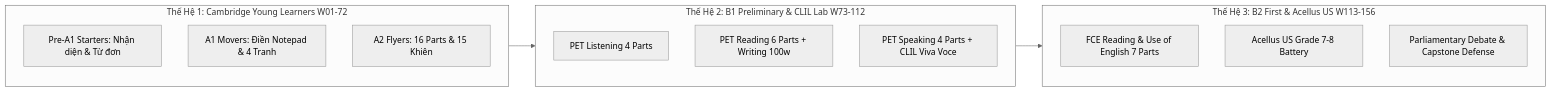
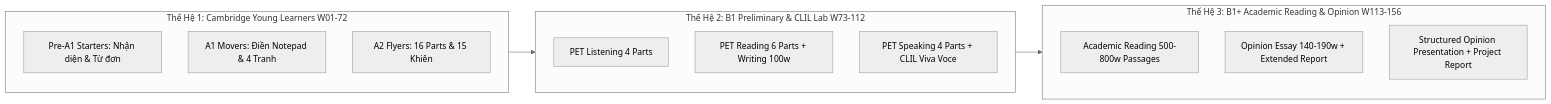
One commit to Binh3ks/enquest3k.copilot changed the second of 2 diagrams in docs/MASTER_ARCHITECTURE_W01_W156.md. Above: the diagram before and after it, drawn with Mermaid (neutral theme). The commit also changed other lines of this file and 35 other files, not shown here.

First line of the commit message:
feat(w33-features): Voice Shadow Dictation mode, Discovery Report Inquiry challenge, SRS Leitner, Quick Write, and Milestone templates [multi-agent-review]

````diff
--- a/docs/MASTER_ARCHITECTURE_W01_W156.md
+++ b/docs/MASTER_ARCHITECTURE_W01_W156.md
@@ -128,22 +131,22 @@
 ```mermaid
 graph LR
-    subgraph Gen1 [Thế Hệ 1: Cambridge Young Learners W01-72]
-        Starters[Pre-A1 Starters: Nhận diện & Từ đơn]
-        Movers[A1 Movers: Điền Notepad & 4 Tranh]
-        Flyers[A2 Flyers: 16 Parts & 15 Khiên]
+    subgraph Gen1 ["Thế Hệ 1: Cambridge Young Learners W01-72"]
+        Starters["Pre-A1 Starters: Nhận diện & Từ đơn"]
+        Movers["A1 Movers: Điền Notepad & 4 Tranh"]
+        Flyers["A2 Flyers: 16 Parts & 15 Khiên"]
     end
 
-    subgraph Gen2 [Thế Hệ 2: B1 Preliminary & CLIL Lab W73-112]
-        PET_L[PET Listening 4 Parts]
-        PET_RW[PET Reading 6 Parts + Writing 100w]
-        PET_S[PET Speaking 4 Parts + CLIL Viva Voce]
+    subgraph Gen2 ["Thế Hệ 2: B1 Preliminary & CLIL Lab W73-112"]
+        PET_L["PET Listening 4 Parts"]
+        PET_RW["PET Reading 6 Parts + Writing 100w"]
+        PET_S["PET Speaking 4 Parts + CLIL Viva Voce"]
     end
 
-    subgraph Gen3 [Thế Hệ 3: B2 First & Acellus US W113-156]
-        FCE_Use[FCE Reading & Use of English 7 Parts]
-        Acellus_Exam[Acellus US Grade 7-8 Battery]
-        Debate_Live[Parliamentary Debate & Capstone Defense]
+    subgraph Gen3 ["Thế Hệ 3: B1+ Academic Reading & Opinion W113-156"]
+        Acad_Read["Academic Reading 500-800w Passages"]
+        Opinion_Write["Opinion Essay 140-190w + Extended Report"]
+        Struct_Present["Structured Opinion Presentation + Project Report"]
     end
 
     Gen1 --> Gen2 --> Gen3
 ```
````
